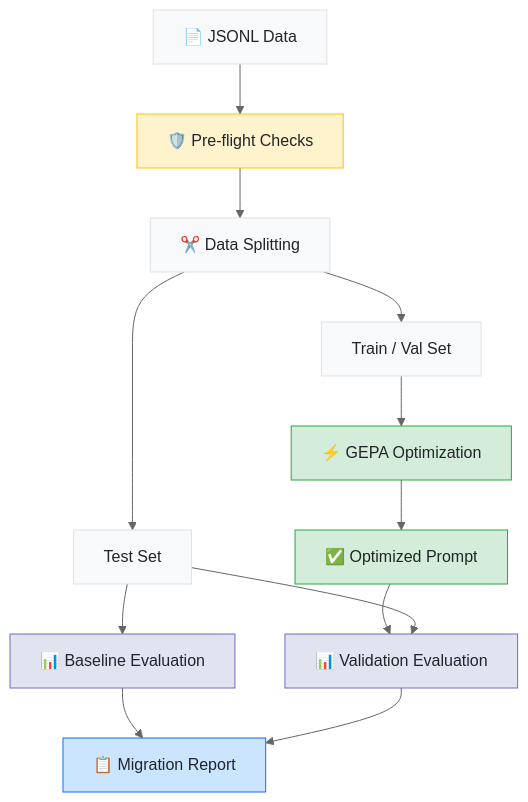
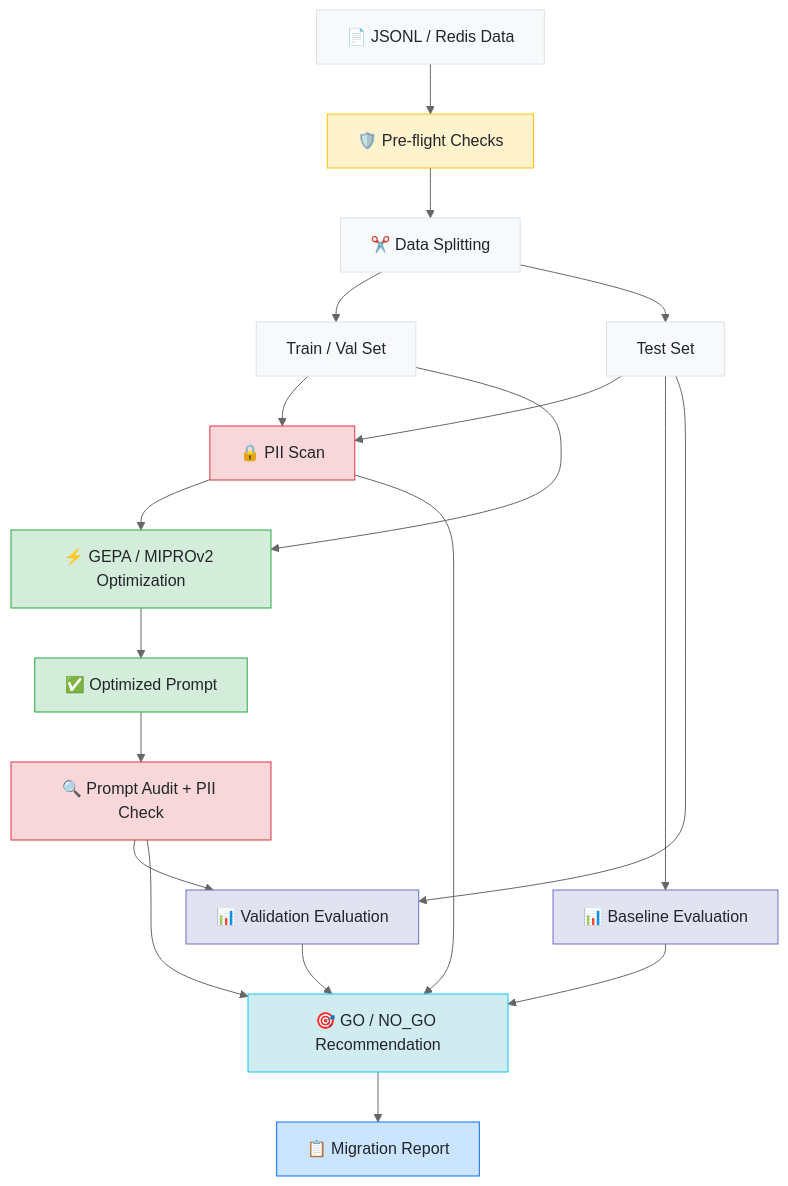
One commit to ashwinchidambaram/rosettastone changed the first of 2 diagrams in README.md. Above: the diagram before and after it, drawn with Mermaid (neutral theme). The commit also changed other lines of this file, not shown here.

````diff
--- a/README.md
+++ b/README.md
@@ -118,25 +140,35 @@
 ```mermaid
 flowchart TD
-    A["📄 JSONL Data"] --> B["🛡️ Pre-flight Checks"]
+    A["📄 JSONL / Redis Data"] --> B["🛡️ Pre-flight Checks"]
     B --> C["✂️ Data Splitting"]
     C --> D["Train / Val Set"]
     C --> E["Test Set"]
+    D --> S1["🔒 PII Scan"]
+    E --> S1
+    S1 --> G["⚡ GEPA / MIPROv2 Optimization"]
+    D --> G
+    G --> H["✅ Optimized Prompt"]
+    H --> S2["🔍 Prompt Audit + PII Check"]
+    S2 --> I["📊 Validation Evaluation"]
     E --> F["📊 Baseline Evaluation"]
-    D --> G["⚡ GEPA Optimization"]
-    G --> H["✅ Optimized Prompt"]
-    H --> I["📊 Validation Evaluation"]
     E --> I
-    F --> J["📋 Migration Report"]
-    I --> J
+    I --> R["🎯 GO / NO_GO Recommendation"]
+    F --> R
+    S1 --> R
+    S2 --> R
+    R --> J["📋 Migration Report"]
 
     style A fill:#f8f9fa,stroke:#dee2e6,color:#212529
     style B fill:#fff3cd,stroke:#ffc107,color:#212529
     style C fill:#f8f9fa,stroke:#dee2e6,color:#212529
     style D fill:#f8f9fa,stroke:#dee2e6,color:#212529
     style E fill:#f8f9fa,stroke:#dee2e6,color:#212529
     style F fill:#e2e3f1,stroke:#6c6fc7,color:#212529
     style G fill:#d4edda,stroke:#28a745,color:#212529
     style H fill:#d4edda,stroke:#28a745,color:#212529
     style I fill:#e2e3f1,stroke:#6c6fc7,color:#212529
     style J fill:#cce5ff,stroke:#0d6efd,color:#212529
+    style S1 fill:#f8d7da,stroke:#dc3545,color:#212529
+    style S2 fill:#f8d7da,stroke:#dc3545,color:#212529
+    style R fill:#d1ecf1,stroke:#0dcaf0,color:#212529
 ```
````
